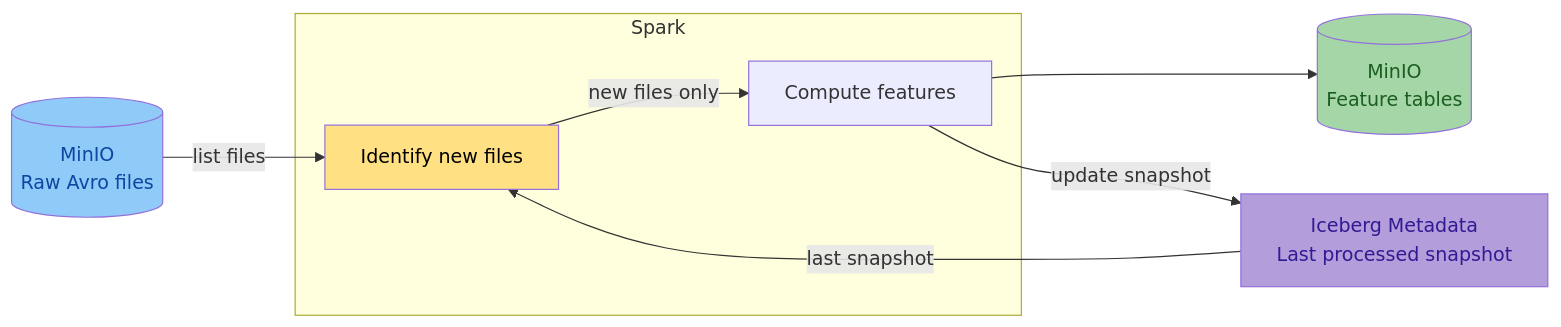
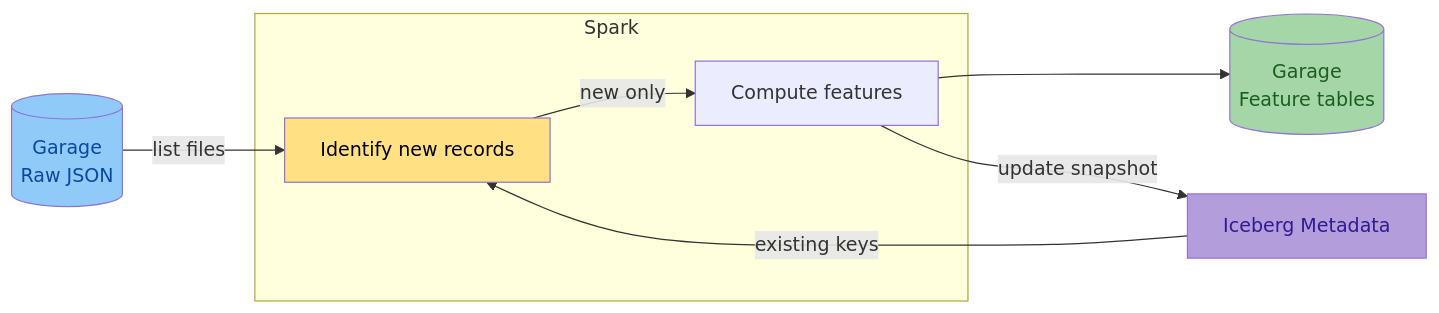
One commit to straightchlorine/quantum-pipeline changed the seventh of 7 diagrams in docs/architecture/system-design.md. Above: the diagram before and after it, drawn with Mermaid. The commit also changed other lines of this file and 146 other files, not shown here.

````diff
--- a/docs/architecture/system-design.md
+++ b/docs/architecture/system-design.md
@@ -697,23 +294,23 @@
 ```mermaid
 graph LR
-    RAW[(MinIO<br/>Raw Avro files)]
-    META[Iceberg Metadata<br/>Last processed snapshot]
+    RAW[(Garage<br/>Raw JSON)]
+    META[Iceberg Metadata]
 
     subgraph "Spark"
-        FILTER[Identify new files]
+        FILTER[Identify new records]
         PROC[Compute features]
-        FILTER -->|new files only| PROC
+        FILTER -->|new only| PROC
     end
 
-    FEAT[(MinIO<br/>Feature tables)]
+    FEAT[(Garage<br/>Feature tables)]
 
     RAW -->|list files| FILTER
-    META -->|last snapshot| FILTER
+    META -->|existing keys| FILTER
     PROC --> FEAT
     PROC -->|update snapshot| META
 
     style FILTER fill:#ffe082,color:#000
     style RAW fill:#90caf9,color:#0d47a1
     style FEAT fill:#a5d6a7,color:#1b5e20
     style META fill:#b39ddb,color:#311b92
 ```
````
